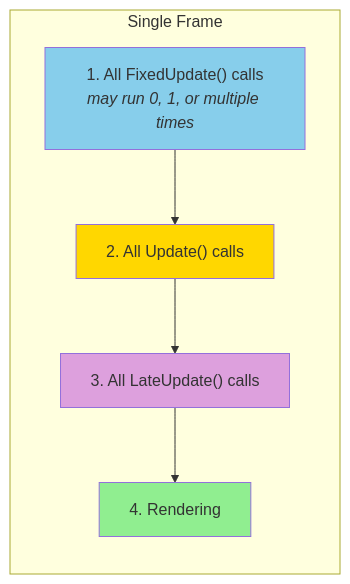
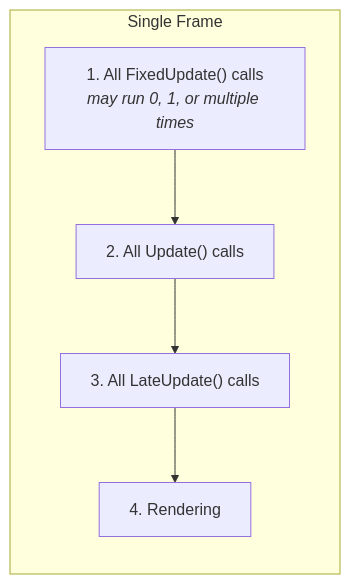
One commit to wallstop/unity-tips changed the third of 4 diagrams in docs/best-practices/01-lifecycle-methods.md. Above: the diagram before and after it, drawn with Mermaid. The commit also changed other lines of this file and 27 other files, not shown here.

First line of the commit message:
Make Mermaid diagrams theme-aware for GitHub Pages

````diff
--- a/docs/best-practices/01-lifecycle-methods.md
+++ b/docs/best-practices/01-lifecycle-methods.md
@@ -354,16 +343,11 @@
 ```mermaid
 flowchart TD
     subgraph Frame["Single Frame"]
         direction TB
         F["1. All FixedUpdate() calls<br/><i>may run 0, 1, or multiple times</i>"]
         U["2. All Update() calls"]
         L["3. All LateUpdate() calls"]
         R["4. Rendering"]
         F --> U --> L --> R
     end
-
-    style F fill:#87CEEB
-    style U fill:#FFD700
-    style L fill:#DDA0DD
-    style R fill:#90EE90
 ```
````
